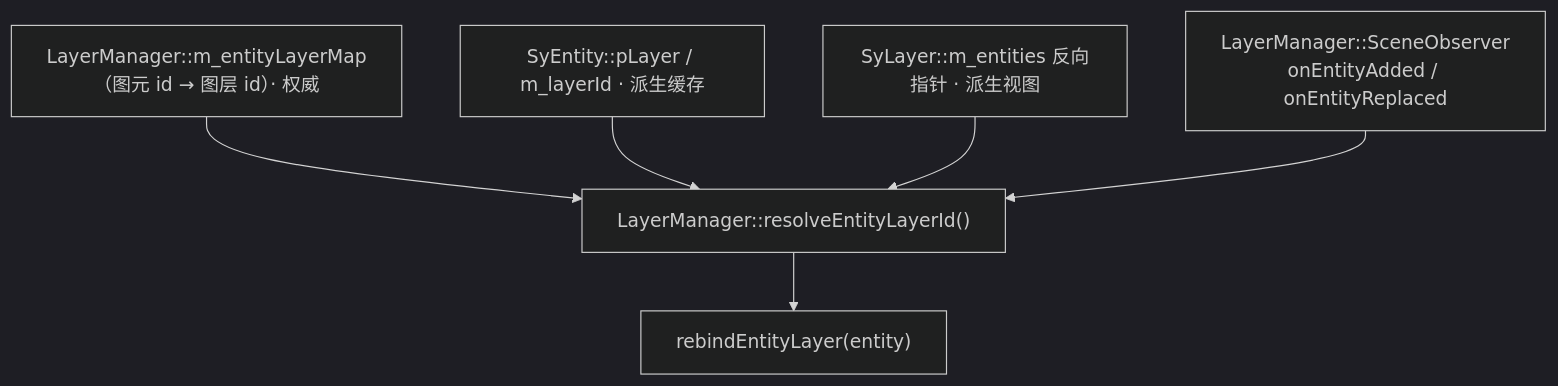
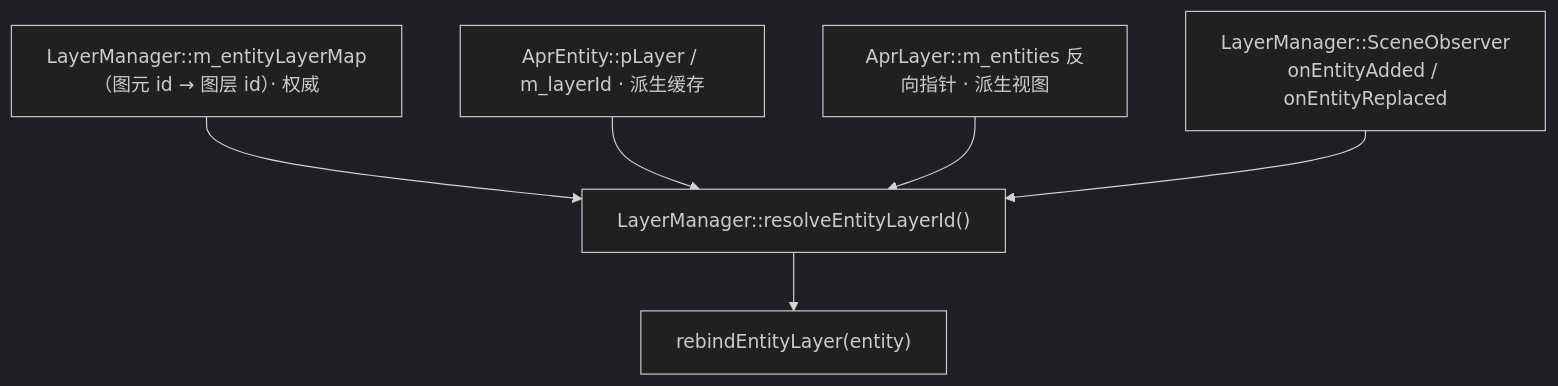
One commit to yulinxx/CAD changed the second of 12 diagrams in Docs/01-当前架构/图层.md. Above: the diagram before and after it, drawn with Mermaid (dark theme). The commit also changed other lines of this file and 326 other files, not shown here.

````diff
--- a/Docs/01-当前架构/图层.md
+++ b/Docs/01-当前架构/图层.md
@@ -92,8 +92,8 @@
 ```mermaid
 graph TD
     A["LayerManager::m_entityLayerMap<br/>（图元 id → 图层 id）· 权威"] --> D["LayerManager::resolveEntityLayerId()"]
-    B["SyEntity::pLayer / m_layerId · 派生缓存"] --> D
-    C["SyLayer::m_entities 反向指针 · 派生视图"] --> D
+    B["AprEntity::pLayer / m_layerId · 派生缓存"] --> D
+    C["AprLayer::m_entities 反向指针 · 派生视图"] --> D
     E["LayerManager::SceneObserver<br/>onEntityAdded / onEntityReplaced"] --> D
     D --> F["rebindEntityLayer(entity)"]
 ```
````
